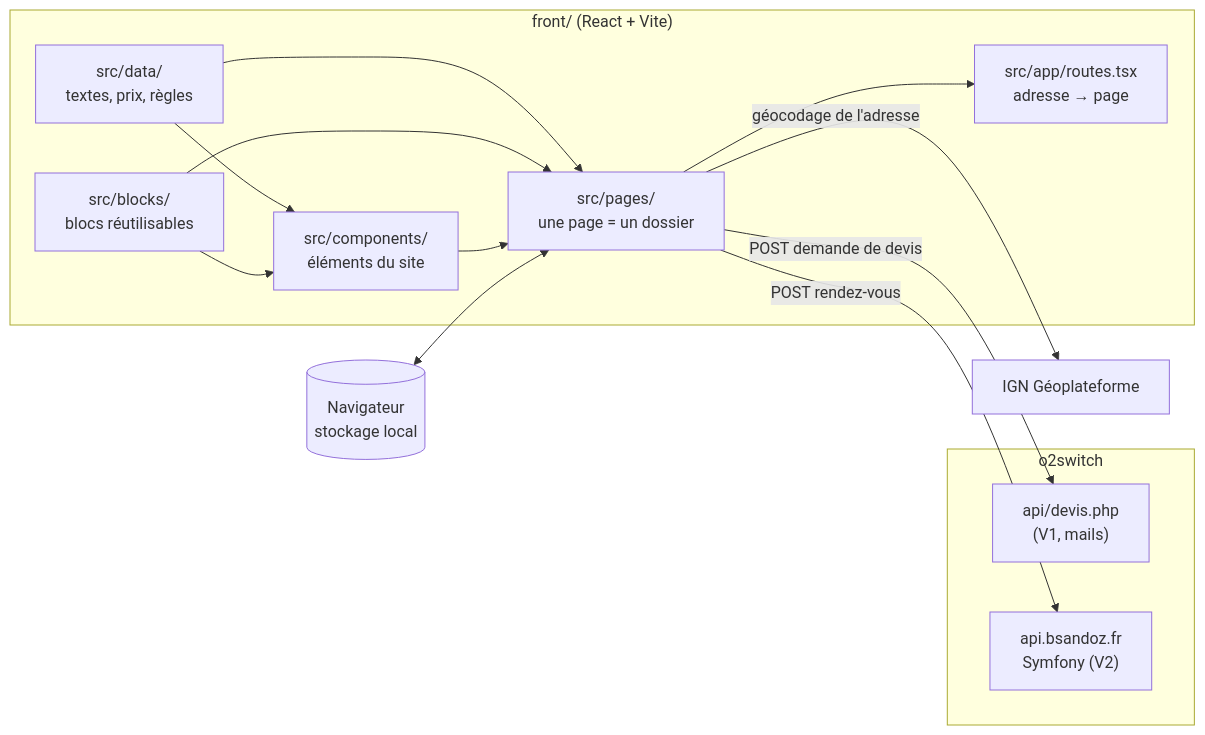
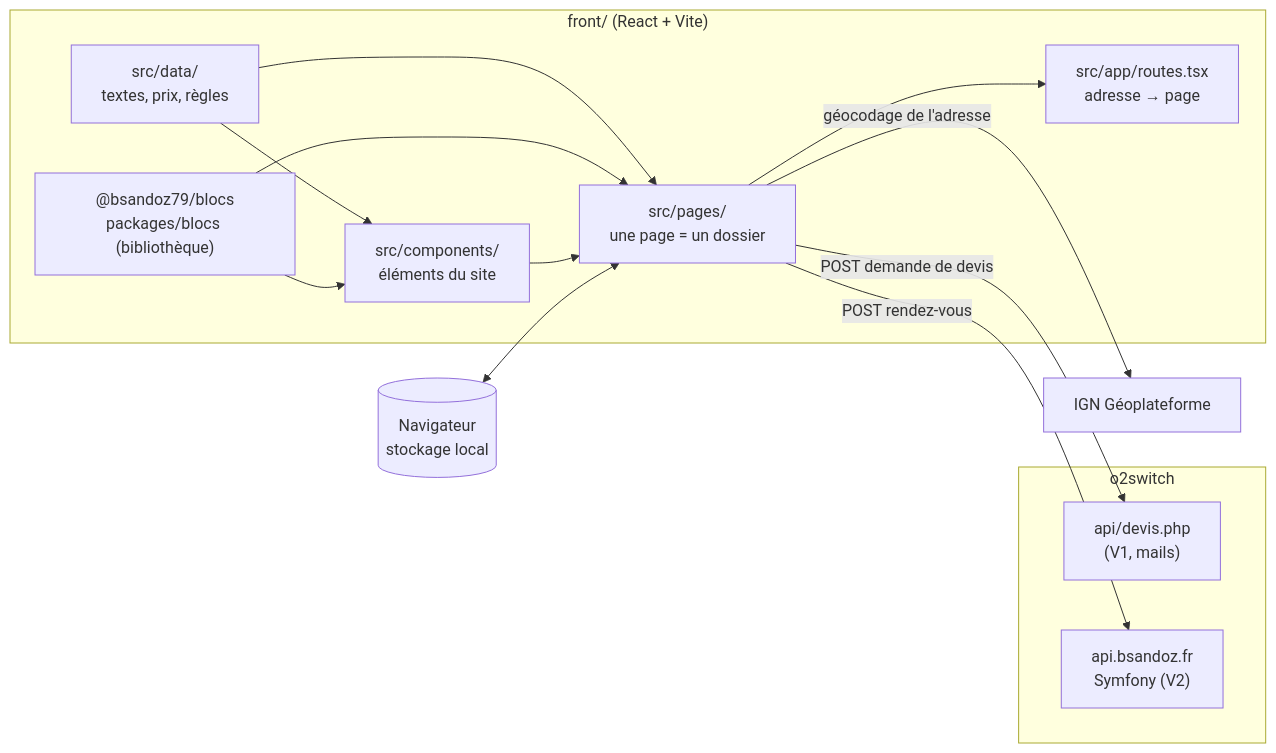
One commit to bsandoz79/bsandoz-site changed the diagram in docs/fonctionnalites/00-vue-ensemble.md. Above: the diagram before and after it, drawn with Mermaid. The commit also changed other lines of this file and 7 other files, not shown here.

Commit message:
docs: bibliothèque de blocs, fiches et plan

````diff
--- a/docs/fonctionnalites/00-vue-ensemble.md
+++ b/docs/fonctionnalites/00-vue-ensemble.md
@@ -7,24 +7,24 @@
 ```mermaid
 flowchart LR
   subgraph Front["front/ (React + Vite)"]
     data["src/data/<br/>textes, prix, règles"]
-    blocks["src/blocks/<br/>blocs réutilisables"]
+    blocks["@bsandoz79/blocs<br/>packages/blocs (bibliothèque)"]
     components["src/components/<br/>éléments du site"]
     pages["src/pages/<br/>une page = un dossier"]
     app["src/app/routes.tsx<br/>adresse → page"]
     data --> pages
     data --> components
     blocks --> components
     blocks --> pages
     components --> pages
     pages --> app
   end
   subgraph Serveur["o2switch"]
     php["api/devis.php<br/>(V1, mails)"]
     api["api.bsandoz.fr<br/>Symfony (V2)"]
   end
   pages -- "POST demande de devis" --> php
   pages -- "POST rendez-vous" --> api
   pages -- "géocodage de l'adresse" --> ign["IGN Géoplateforme"]
   navigateur[("Navigateur<br/>stockage local")] <--> pages
 ```
````
